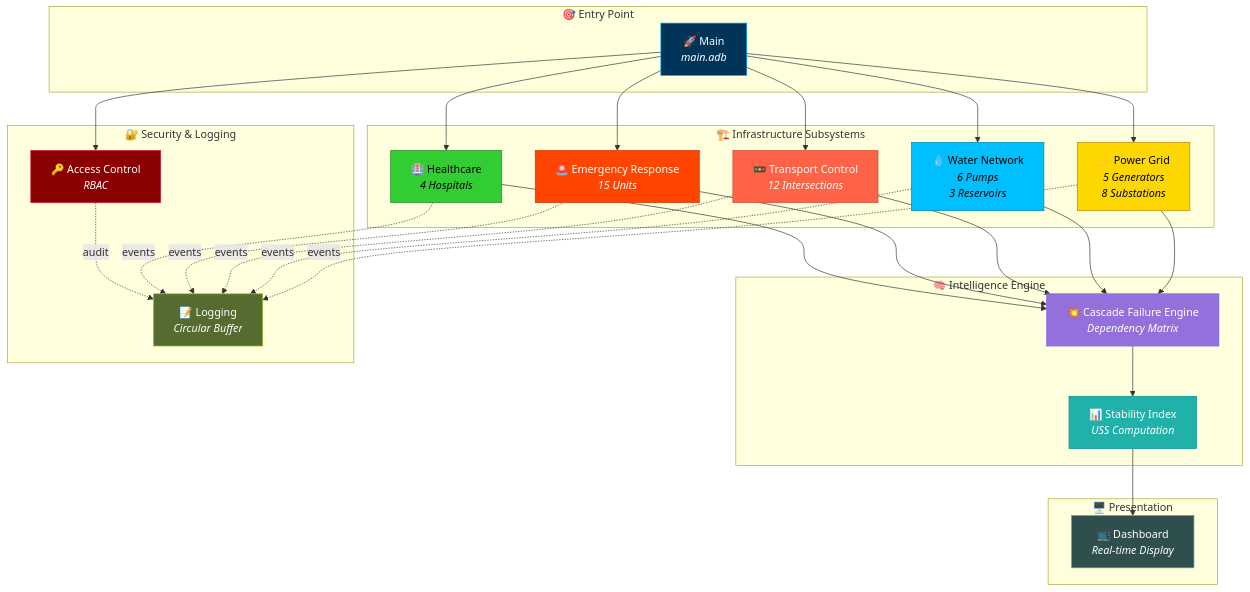
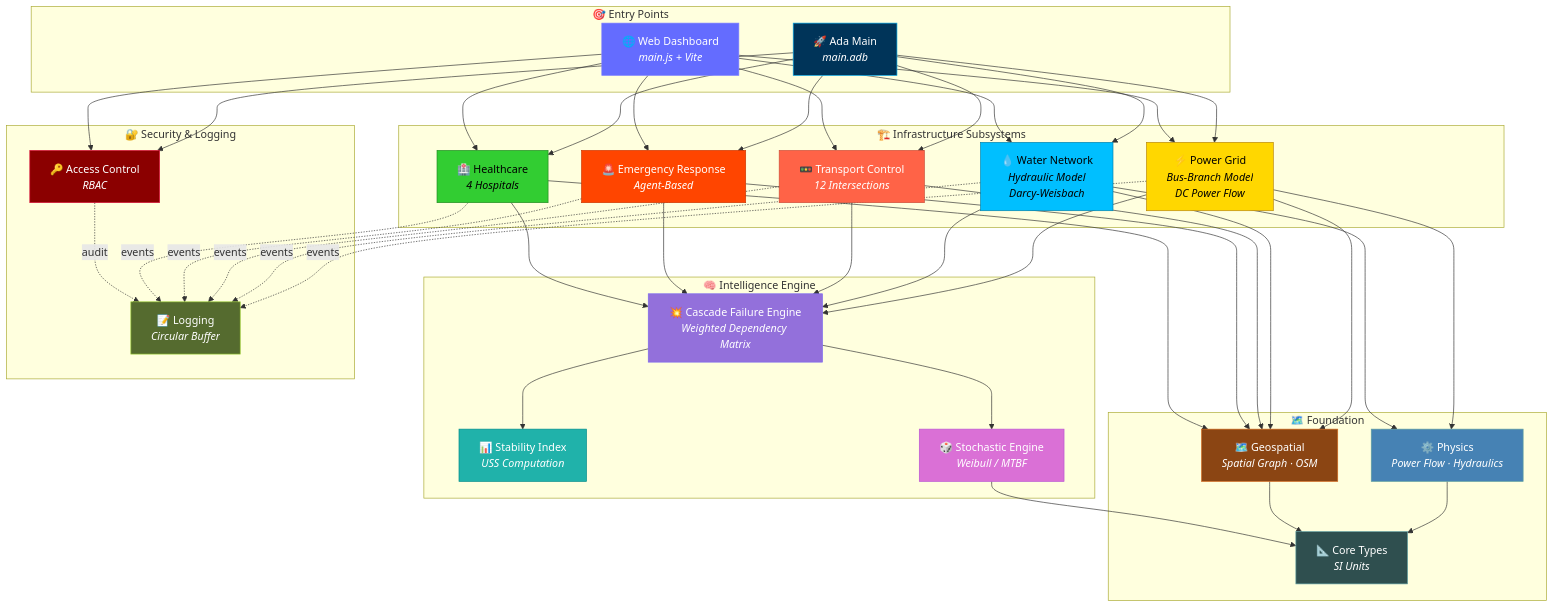
One commit to ABDESSAMAD-BOURKIBATE/CivicShield changed the first of 6 diagrams in README.md. Above: the diagram before and after it, drawn with Mermaid. The commit also changed other lines of this file and 252 other files, not shown here.

````diff
--- a/README.md
+++ b/README.md
@@ -91,48 +100,64 @@
 ```mermaid
 graph TB
-    subgraph "🎯 Entry Point"
-        MAIN["🚀 Main<br/><i>main.adb</i>"]
+    subgraph "🎯 Entry Points"
+        MAIN["🚀 Ada Main<br/><i>main.adb</i>"]
+        WEB["🌐 Web Dashboard<br/><i>main.js + Vite</i>"]
     end
 
     subgraph "🏗️ Infrastructure Subsystems"
-        PG["⚡ Power Grid<br/><i>5 Generators</i><br/><i>8 Substations</i>"]
-        WN["💧 Water Network<br/><i>6 Pumps</i><br/><i>3 Reservoirs</i>"]
+        PG["⚡ Power Grid<br/><i>Bus-Branch Model</i><br/><i>DC Power Flow</i>"]
+        WN["💧 Water Network<br/><i>Hydraulic Model</i><br/><i>Darcy-Weisbach</i>"]
         TC["🚥 Transport Control<br/><i>12 Intersections</i>"]
-        ER["🚨 Emergency Response<br/><i>15 Units</i>"]
+        ER["🚨 Emergency Response<br/><i>Agent-Based</i>"]
         HC["🏥 Healthcare<br/><i>4 Hospitals</i>"]
     end
 
     subgraph "🧠 Intelligence Engine"
-        CF["💥 Cascade Failure Engine<br/><i>Dependency Matrix</i>"]
+        CF["💥 Cascade Failure Engine<br/><i>Weighted Dependency Matrix</i>"]
         SI["📊 Stability Index<br/><i>USS Computation</i>"]
+        ST["🎲 Stochastic Engine<br/><i>Weibull / MTBF</i>"]
+    end
+
+    subgraph "🗺️ Foundation"
+        CT["📐 Core Types<br/><i>SI Units</i>"]
+        PHY["⚙️ Physics<br/><i>Power Flow · Hydraulics</i>"]
+        GEO["🗺️ Geospatial<br/><i>Spatial Graph · OSM</i>"]
     end
 
     subgraph "🔐 Security & Logging"
         AC["🔑 Access Control<br/><i>RBAC</i>"]
         LOG["📝 Logging<br/><i>Circular Buffer</i>"]
     end
 
-    subgraph "🖥️ Presentation"
-        GUI["📺 Dashboard<br/><i>Real-time Display</i>"]
-    end
-
     MAIN --> PG & WN & TC & ER & HC
+    WEB --> PG & WN & TC & ER & HC
     PG & WN & TC & ER & HC --> CF
     CF --> SI
-    SI --> GUI
+    PG --> PHY
+    WN --> PHY
+    CF --> ST
+    PG & WN & TC & ER & HC --> GEO
+    PHY --> CT
+    GEO --> CT
+    ST --> CT
     PG & WN & TC & ER & HC -.->|events| LOG
     MAIN --> AC
+    WEB --> AC
     AC -.->|audit| LOG
 
     style PG fill:#FFD700,stroke:#B8860B,color:#000
     style WN fill:#00BFFF,stroke:#0080AA,color:#000
     style TC fill:#FF6347,stroke:#CC4F39,color:#fff
     style ER fill:#FF4500,stroke:#CC3700,color:#fff
     style HC fill:#32CD32,stroke:#228B22,color:#000
     style CF fill:#9370DB,stroke:#7B68EE,color:#fff
     style SI fill:#20B2AA,stroke:#008B8B,color:#fff
+    style ST fill:#DA70D6,stroke:#BA55D3,color:#fff
     style MAIN fill:#003459,stroke:#00A8E8,color:#fff
-    style GUI fill:#2F4F4F,stroke:#5F9EA0,color:#fff
+    style WEB fill:#646CFF,stroke:#7C7FFF,color:#fff
     style AC fill:#8B0000,stroke:#DC143C,color:#fff
     style LOG fill:#556B2F,stroke:#9ACD32,color:#fff
+    style CT fill:#2F4F4F,stroke:#5F9EA0,color:#fff
+    style PHY fill:#4682B4,stroke:#5F9EA0,color:#fff
+    style GEO fill:#8B4513,stroke:#D2691E,color:#fff
 ```
````
